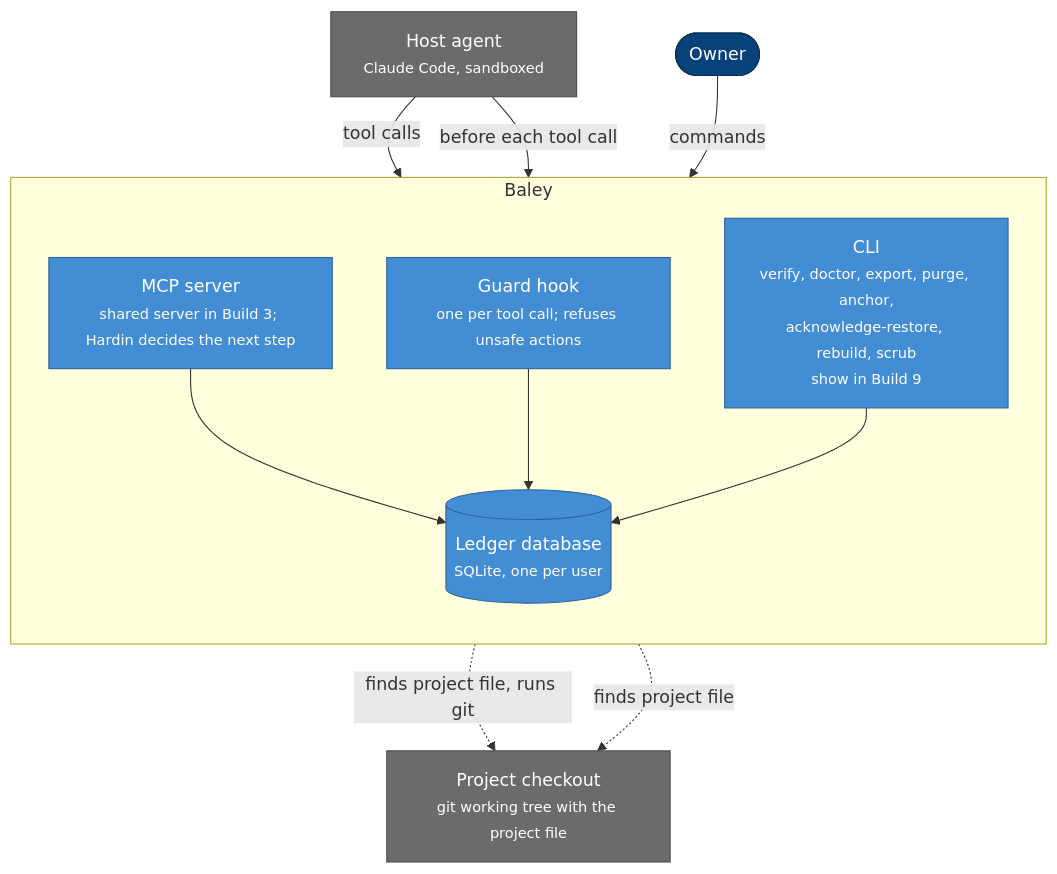
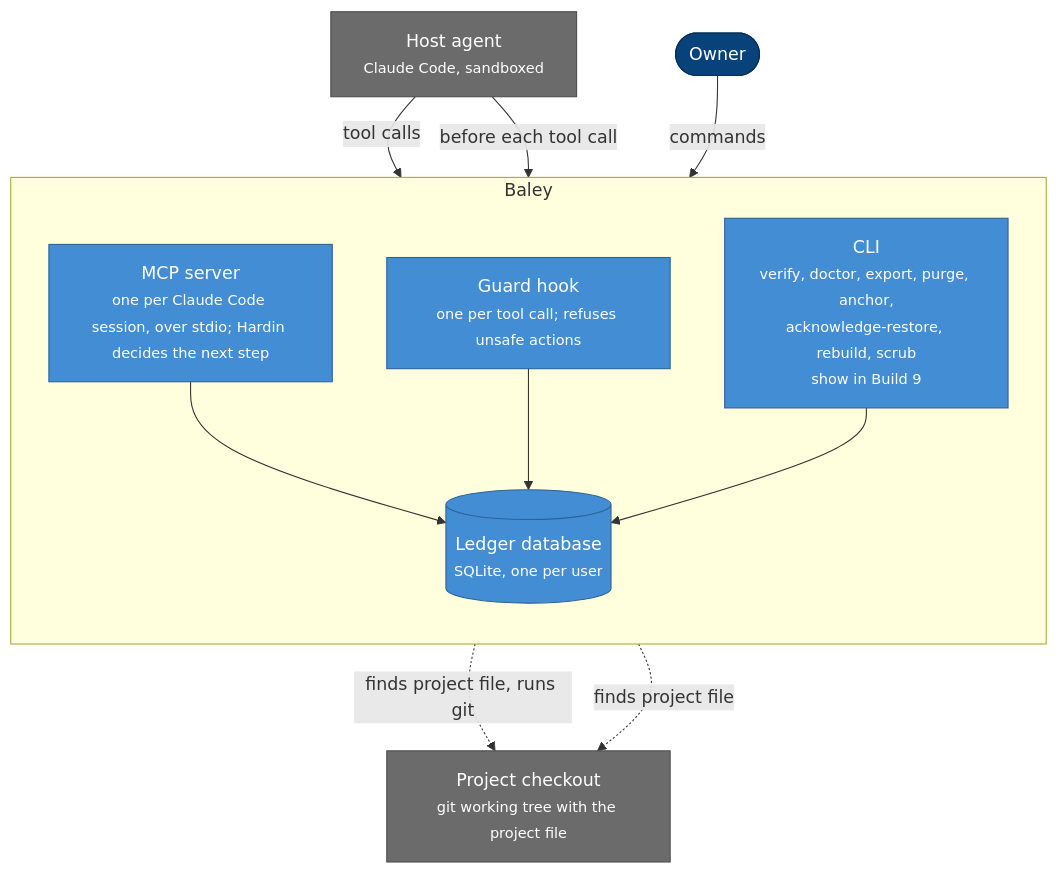
One commit to crenshawdev/baley changed the second of 14 diagrams in docs/design/0001-evidence-ledger.md. Above: the diagram before and after it, drawn with Mermaid. The commit also changed other lines of this file, not shown here.

First line of the commit message:
docs(design): describe a session server's store opening, quick_check fence and exit checkpoint in the ledger design

````diff
--- a/docs/design/0001-evidence-ledger.md
+++ b/docs/design/0001-evidence-ledger.md
@@ -144,27 +144,27 @@
 ```mermaid
 flowchart TB
   owner(["Owner"])
   host["Host agent<br/><small>Claude Code, sandboxed</small>"]
   subgraph baley [Baley]
     direction TB
-    server["MCP server<br/><small>shared server in Build 3; Hardin decides the next step</small>"]
+    server["MCP server<br/><small>one per Claude Code session, over stdio; Hardin decides the next step</small>"]
     guard["Guard hook<br/><small>one per tool call; refuses unsafe actions</small>"]
     cli["CLI<br/><small>verify, doctor, export, purge, anchor,<br/>acknowledge-restore, rebuild, scrub<br/>show in Build 9</small>"]
     db[("Ledger database<br/><small>SQLite, one per user</small>")]
   end
   checkout["Project checkout<br/><small>git working tree with the project file</small>"]
   host -->|tool calls| server
   host -->|before each tool call| guard
   owner -->|commands| cli
   server --> db
   guard --> db
   cli --> db
   server -.->|finds project file, runs git| checkout
   guard -.->|finds project file| checkout
   classDef person fill:#08427b,stroke:#052e56,color:#fff
   classDef container fill:#438dd5,stroke:#2e6295,color:#fff
   classDef external fill:#6b6b6b,stroke:#4d4d4d,color:#fff
   class owner person
   class server,guard,cli,db container
   class host,checkout external
 ```
````
